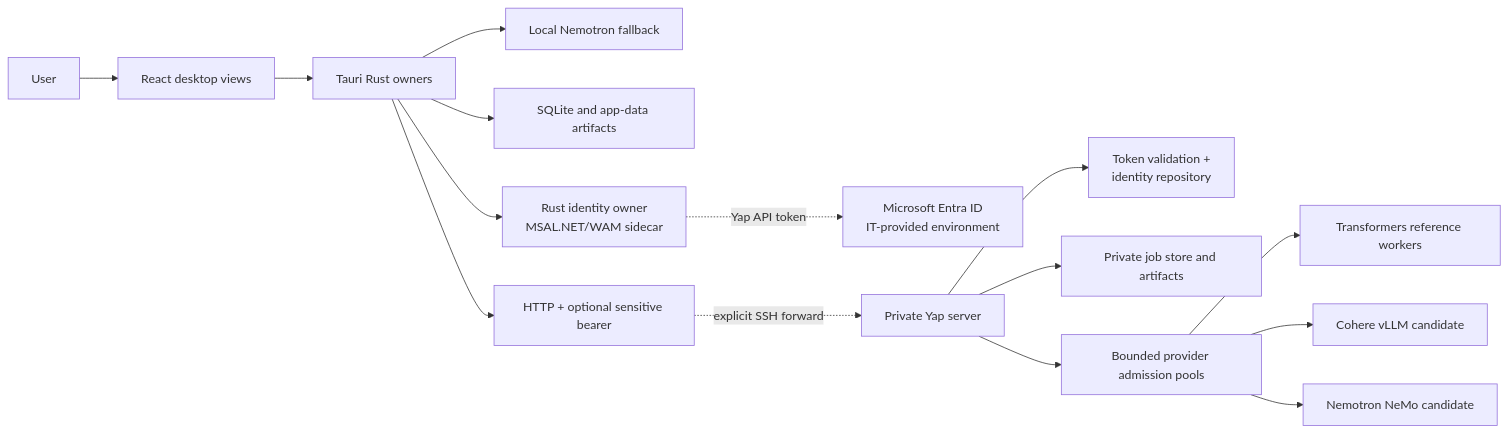
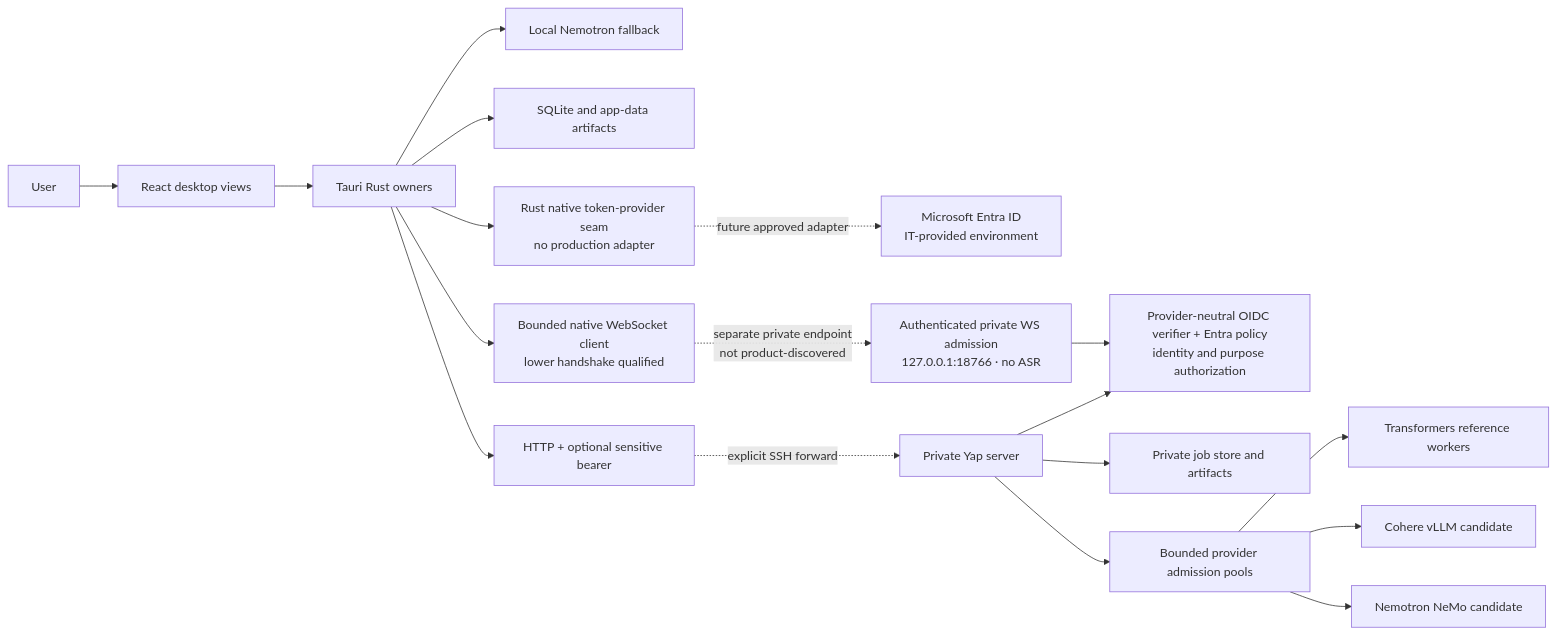
Before and after one commit to ZoOtMcNoOt/yap: the diagram in docs/architecture/CURRENT-ARCHITECTURE.md, drawn with Mermaid. The commit also changed other lines of this file and 137 other files, not shown here.

````diff
--- a/docs/architecture/CURRENT-ARCHITECTURE.md
+++ b/docs/architecture/CURRENT-ARCHITECTURE.md
@@ -30,17 +36,20 @@
 ```mermaid
 flowchart LR
   User["User"] --> UI["React desktop views"]
   UI --> Native["Tauri Rust owners"]
   Native --> Local["Local Nemotron fallback"]
   Native --> DB["SQLite and app-data artifacts"]
-  Native --> Identity["Rust identity owner\nMSAL.NET/WAM sidecar"]
-  Identity -. "Yap API token" .-> Entra["Microsoft Entra ID\nIT-provided environment"]
+  Native --> Identity["Rust native token-provider seam\nno production adapter"]
+  Identity -. "future approved adapter" .-> Entra["Microsoft Entra ID\nIT-provided environment"]
   Native --> Loopback["HTTP + optional sensitive bearer"]
   Loopback -. "explicit SSH forward" .-> Server["Private Yap server"]
-  Server --> Auth["Token validation +\nidentity repository"]
+  Native --> LiveClient["Bounded native WebSocket client\nlower handshake qualified"]
+  LiveClient -. "separate private endpoint\nnot product-discovered" .-> Live["Authenticated private WS admission\n127.0.0.1:18766 · no ASR"]
+  Server --> Auth["Provider-neutral OIDC verifier + Entra policy\nidentity and purpose authorization"]
+  Live --> Auth
   Server --> Store["Private job store and artifacts"]
   Server --> Pool["Bounded provider admission pools"]
   Pool --> Reference["Transformers reference workers"]
   Pool --> Cohere["Cohere vLLM candidate"]
   Pool --> NeMo["Nemotron NeMo candidate"]
 ```
````
